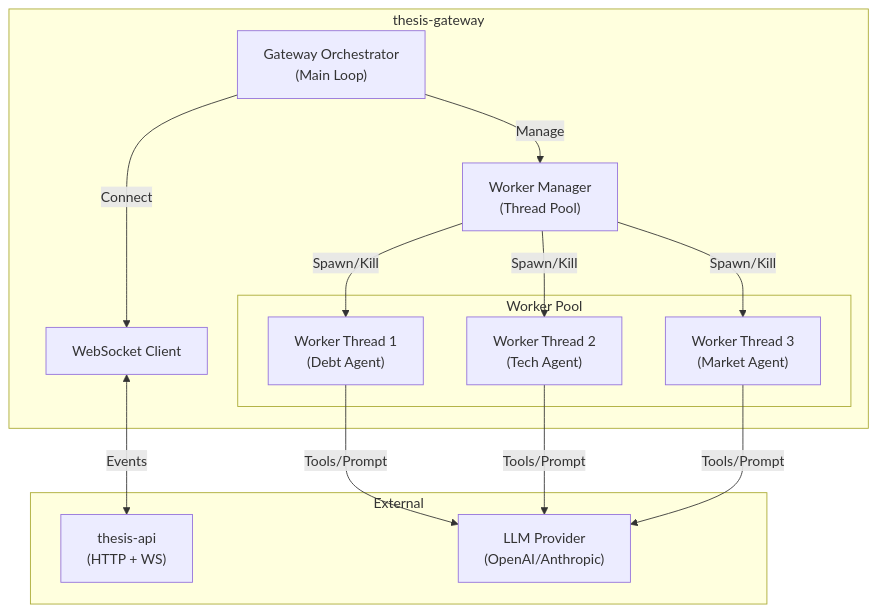
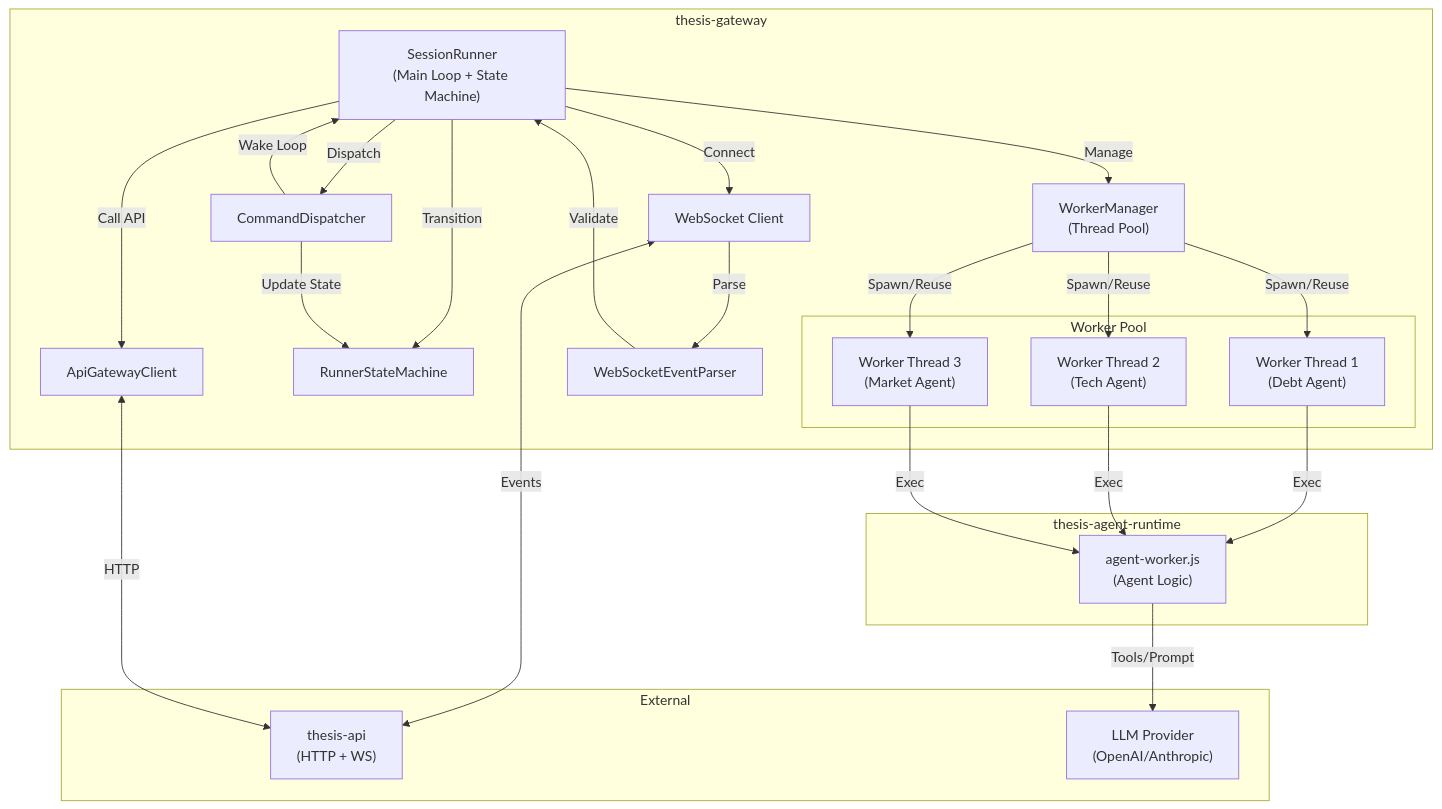
The first of 9 diagrams in apps/thesis-gateway/ARCHITECTURE.md (gugaio/thesis), drawn with Mermaid before and after one commit. The commit also changed other lines of this file and 6 other files, not shown here.

First line of the commit message:
feat(agent-runtime,gateway): add language support and vote synchronization

````diff
--- a/apps/thesis-gateway/ARCHITECTURE.md
+++ b/apps/thesis-gateway/ARCHITECTURE.md
@@ -13,31 +13,50 @@
 ```mermaid
 graph TB
     subgraph "thesis-gateway"
-        Orch["Gateway Orchestrator<br/>(Main Loop)"]
-        WM["Worker Manager<br/>(Thread Pool)"]
-        WS_Client[WebSocket Client]
+        SR["SessionRunner<br/>(Main Loop + State Machine)"]
+        WM["WorkerManager<br/>(Thread Pool)"]
+        WS[WebSocket Client]
+        CD[CommandDispatcher]
+        RSM[RunnerStateMachine]
+        AGC[ApiGatewayClient]
+        WE[WebSocketEventParser]
         
         subgraph "Worker Pool"
             W1["Worker Thread 1<br/>(Debt Agent)"]
             W2["Worker Thread 2<br/>(Tech Agent)"]
             W3["Worker Thread 3<br/>(Market Agent)"]
         end
     end
 
+    subgraph "thesis-agent-runtime"
+        AW["agent-worker.js<br/>(Agent Logic)"]
+    end
+
     subgraph "External"
         API["thesis-api<br/>(HTTP + WS)"]
         LLM["LLM Provider<br/>(OpenAI/Anthropic)"]
     end
 
-    Orch -->|Manage| WM
-    Orch -->|Connect| WS_Client
-    WS_Client <-->|Events| API
+    SR -->|Manage| WM
+    SR -->|Connect| WS
+    SR -->|Dispatch| CD
+    SR -->|Transition| RSM
+    SR -->|Call API| AGC
+    WS -->|Parse| WE
+    WE -->|Validate| SR
     
-    WM -->|Spawn/Kill| W1
-    WM -->|Spawn/Kill| W2
-    WM -->|Spawn/Kill| W3
+    CD -->|Update State| RSM
+    CD -->|Wake Loop| SR
     
-    W1 -->|Tools/Prompt| LLM
-    W2 -->|Tools/Prompt| LLM
-    W3 -->|Tools/Prompt| LLM
+    WM -->|Spawn/Reuse| W1
+    WM -->|Spawn/Reuse| W2
+    WM -->|Spawn/Reuse| W3
+    
+    W1 -->|Exec| AW
+    W2 -->|Exec| AW
+    W3 -->|Exec| AW
+    
+    AW -->|Tools/Prompt| LLM
+    WS <-->|Events| API
+    AGC <-->|HTTP| API
 ```
````
